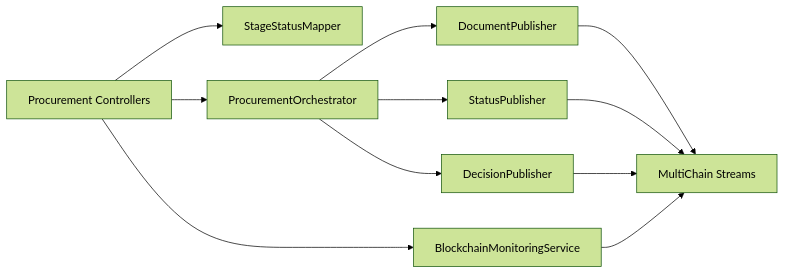
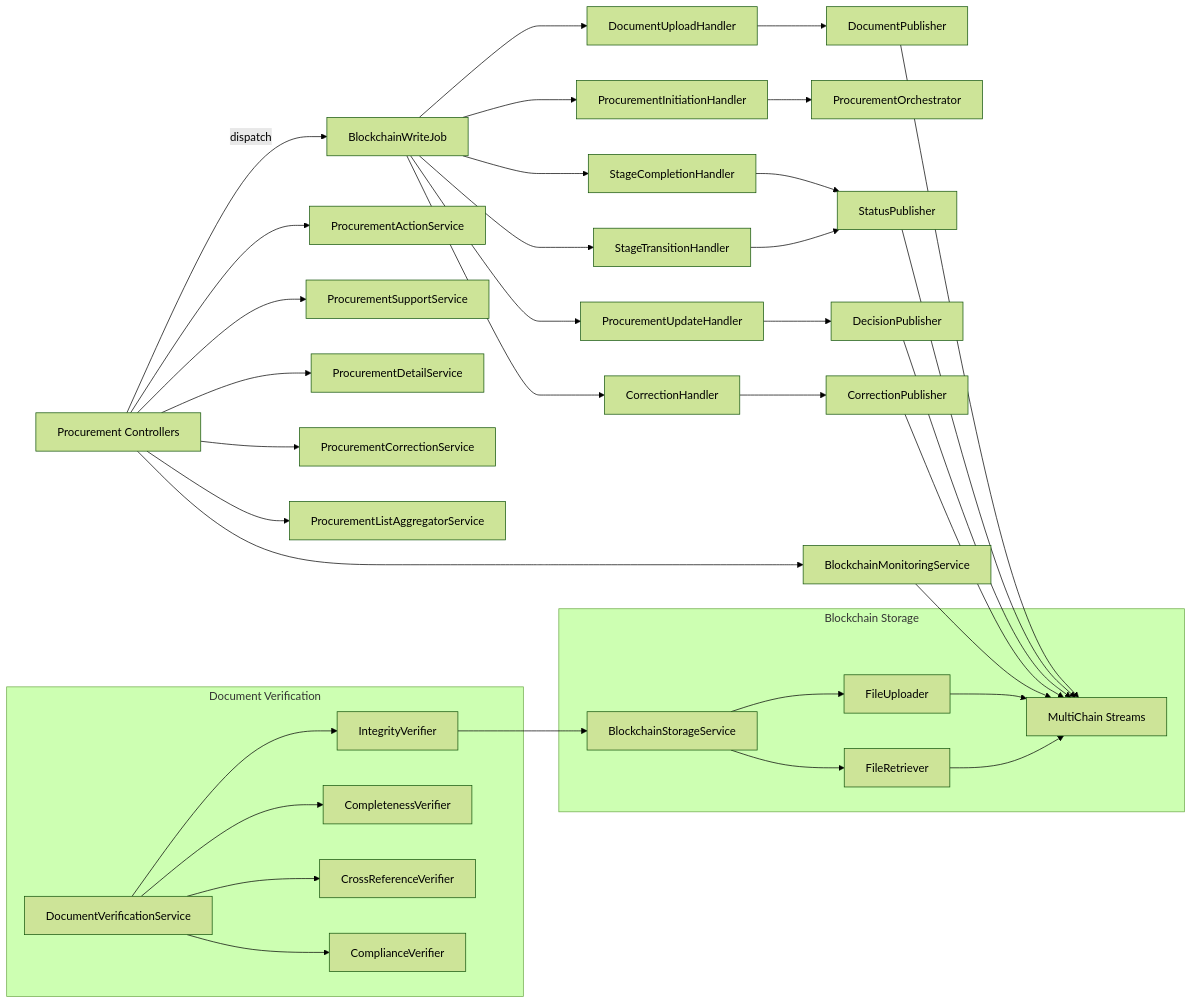
The second of 2 diagrams in docs/ARCHITECTURE.md (leodyversemilla07/procuchain), drawn with Mermaid (forest theme) before and after one commit. The commit also changed other lines of this file and 2 other files, not shown here.

Commit message:
docs: update documentation for refactored service architecture

````diff
--- a/docs/ARCHITECTURE.md
+++ b/docs/ARCHITECTURE.md
@@ -66,14 +66,46 @@
 ```mermaid
 graph LR
-    Controller["Procurement Controllers"] --> Mapper["StageStatusMapper"]
-    Controller --> Orchestrator["ProcurementOrchestrator"]
-    Orchestrator --> DecisionPub["DecisionPublisher"]
-    Orchestrator --> DocPub["DocumentPublisher"]
-    Orchestrator --> StatusPub["StatusPublisher"]
-    Controller --> Monitor["BlockchainMonitoringService"]
+    Controller["Procurement Controllers"] --> ActionSvc["ProcurementActionService"]
+    Controller --> SupportSvc["ProcurementSupportService"]
+    Controller --> DetailSvc["ProcurementDetailService"]
+    Controller --> CorrSvc["ProcurementCorrectionService"]
+    Controller --> AggSvc["ProcurementListAggregatorService"]
+
+    Controller -->|dispatch| BWJ["BlockchainWriteJob"]
+    BWJ --> InitHandler["ProcurementInitiationHandler"]
+    BWJ --> DocHandler["DocumentUploadHandler"]
+    BWJ --> CorrHandler["CorrectionHandler"]
+    BWJ --> StageHandler["StageCompletionHandler"]
+    BWJ --> TransHandler["StageTransitionHandler"]
+    BWJ --> UpdateHandler["ProcurementUpdateHandler"]
+
+    InitHandler --> Orchestrator["ProcurementOrchestrator"]
+    DocHandler --> DocPub["DocumentPublisher"]
+    CorrHandler --> CorrPub["CorrectionPublisher"]
+    StageHandler --> StatusPub["StatusPublisher"]
+    TransHandler --> StatusPub
+    UpdateHandler --> DecisionPub["DecisionPublisher"]
 
     DocPub --> BC["MultiChain Streams"]
     StatusPub --> BC
     DecisionPub --> BC
+    CorrPub --> BC
+
+    Controller --> Monitor["BlockchainMonitoringService"]
     Monitor --> BC
+
+    subgraph "Blockchain Storage"
+        StorageSvc["BlockchainStorageService"] --> Uploader["FileUploader"]
+        StorageSvc --> Retriever["FileRetriever"]
+        Uploader --> BC
+        Retriever --> BC
+    end
+
+    subgraph "Document Verification"
+        VerifSvc["DocumentVerificationService"] --> IntVerifier["IntegrityVerifier"]
+        VerifSvc --> CompVerifier["CompletenessVerifier"]
+        VerifSvc --> XRefVerifier["CrossReferenceVerifier"]
+        VerifSvc --> ComplVerifier["ComplianceVerifier"]
+        IntVerifier --> StorageSvc
+    end
 ```
````
